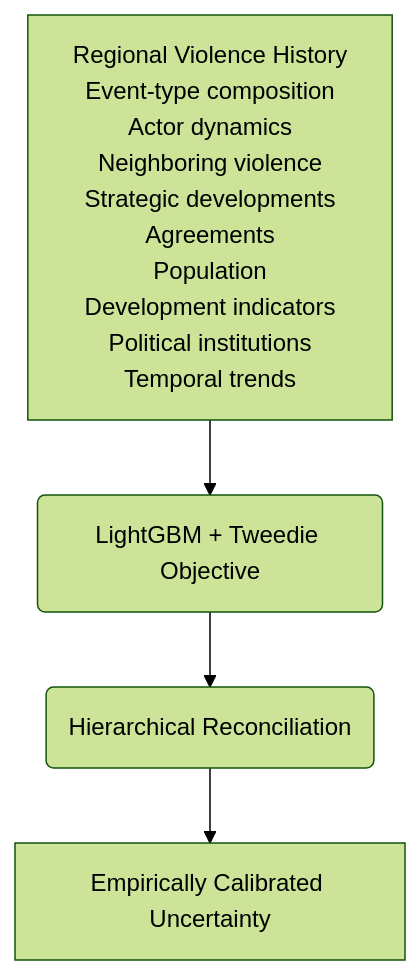
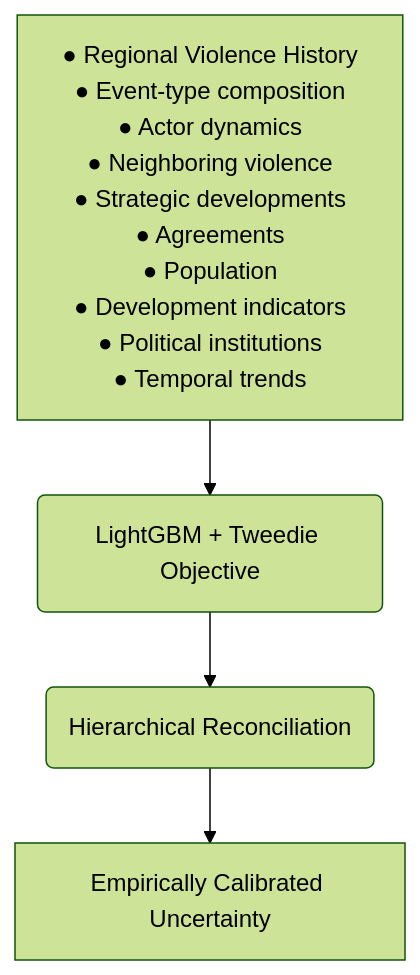
Before and after one commit to HtetPaing88/Forecasting-Political-Violence-in-Myanmar-Using-Python: the second of 2 diagrams in README.md, drawn with Mermaid (forest theme).

Commit message:
Revise flowchart formatting in README
Updated the flowchart in the README to use bullet points for clarity.

````diff
--- a/README.md
+++ b/README.md
@@ -590,15 +590,15 @@
 ```mermaid
 flowchart TD
-    A[Regional Violence History
-      Event-type composition
-      Actor dynamics
-      Neighboring violence
-      Strategic developments
-      Agreements
-      Population
-      Development indicators
-      Political institutions
-      Temporal trends] --> B(LightGBM + Tweedie Objective)
+    A[● Regional Violence History
+      ● Event-type composition
+      ● Actor dynamics
+      ● Neighboring violence
+      ● Strategic developments
+      ● Agreements
+      ● Population
+      ● Development indicators
+      ● Political institutions
+      ● Temporal trends] --> B(LightGBM + Tweedie Objective)
     B --> C(Hierarchical Reconciliation)
     C --> D[Empirically Calibrated Uncertainty]
 ```
````
